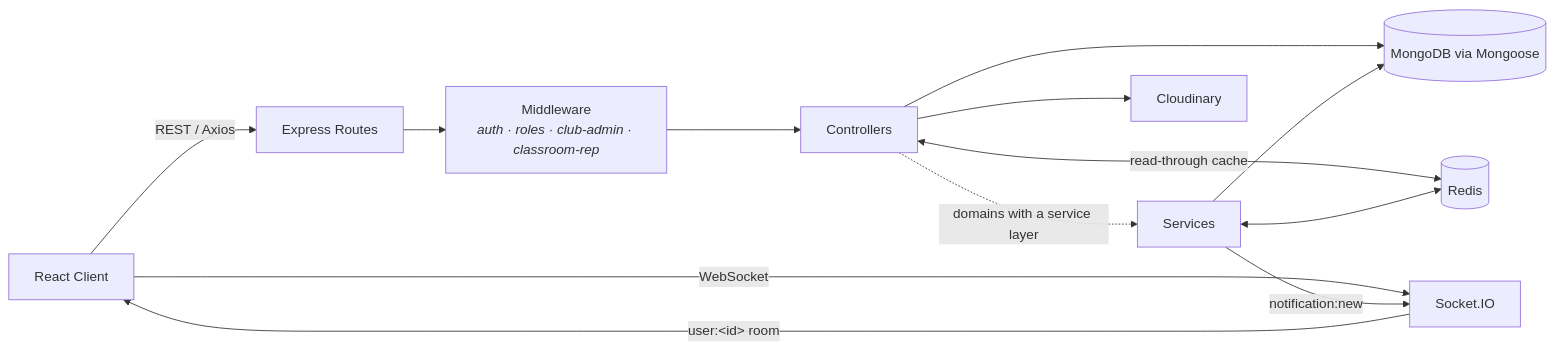
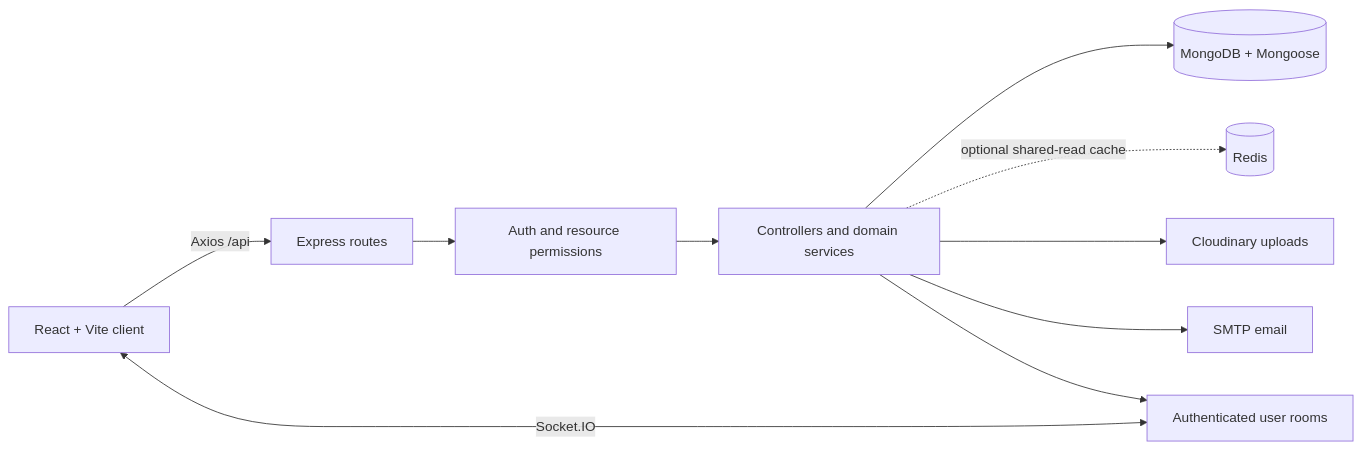
Before and after one commit to aravindpulkam3/CampusOS: the diagram in README.md, drawn with Mermaid. The commit also changed other lines of this file and 15 other files, not shown here.

````diff
--- a/README.md
+++ b/README.md
@@ -209,15 +41,12 @@
 ```mermaid
 flowchart LR
-    A[React Client] -- REST / Axios --> B[Express Routes]
-    A -- WebSocket --> S[Socket.IO]
-    B --> C[Middleware<br/><i>auth · roles · club-admin · classroom-rep</i>]
-    C --> D[Controllers]
-    D -.->|domains with a service layer| E[Services]
-    D --> F[(MongoDB via Mongoose)]
-    E --> F
-    D <-->|read-through cache| R[(Redis)]
-    E <--> R
-    E -- notification:new --> S
-    S -- user:&lt;id&gt; room --> A
-    D --> G[Cloudinary]
+    UI[React + Vite client] -->|Axios /api| API[Express routes]
+    UI <-->|Socket.IO| SOCKET[Authenticated user rooms]
+    API --> GUARDS[Auth and resource permissions]
+    GUARDS --> LOGIC[Controllers and domain services]
+    LOGIC --> DB[(MongoDB + Mongoose)]
+    LOGIC -.->|optional shared-read cache| CACHE[(Redis)]
+    LOGIC --> MEDIA[Cloudinary uploads]
+    LOGIC --> MAIL[SMTP email]
+    LOGIC --> SOCKET
 ```
````
